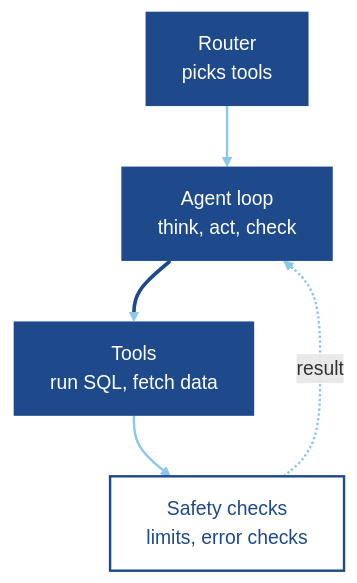
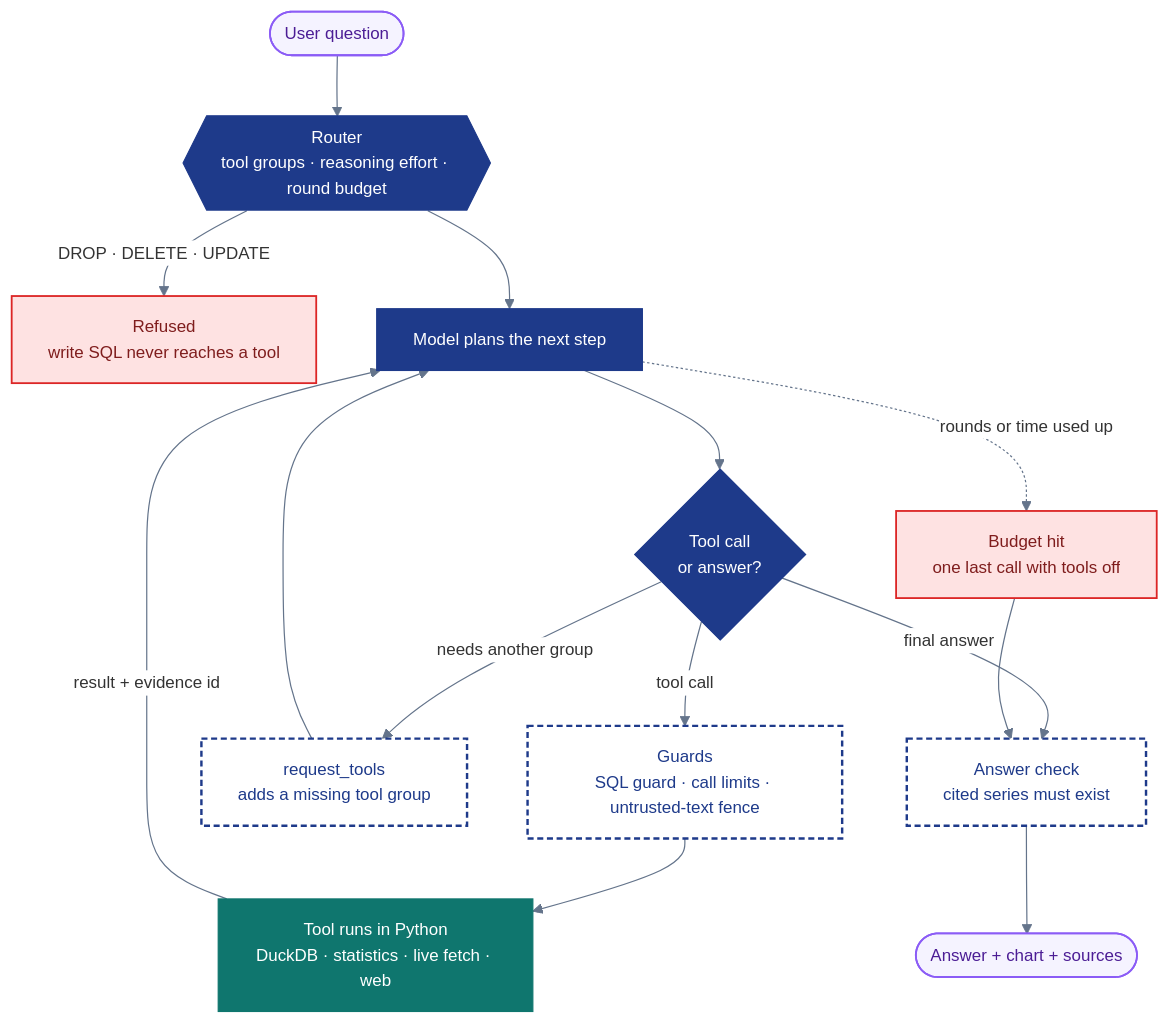
The third of 4 diagrams in README.md (berataydemirr/albert-long-nodes-kkb-hackathon), drawn with Mermaid before and after one commit. The commit also changed other lines of this file, not shown here.

Commit message:
Rewrite README with tested setup steps, troubleshooting and clearer diagrams

````diff
--- a/README.md
+++ b/README.md
@@ -77,18 +292,30 @@
 ```mermaid
-graph TB
-  classDef core  fill:#1e4a8b,stroke:#1e4a8b,stroke-width:0px,color:#ffffff
-  classDef guard fill:#ffffff,stroke:#1e4a8b,stroke-width:2px,color:#1e4a8b
+%%{init: {"theme": "base", "themeVariables": {"fontFamily": "Segoe UI, Helvetica, Arial, sans-serif", "fontSize": "14px", "lineColor": "#64748b", "edgeLabelBackground": "#ffffff"}}}%%
+flowchart TB
+  classDef io     fill:#f5f3ff,stroke:#8b5cf6,stroke-width:1.5px,color:#4c1d95
+  classDef brain  fill:#1e3a8a,stroke:#1e3a8a,color:#ffffff
+  classDef tool   fill:#0f766e,stroke:#0f766e,color:#ffffff
+  classDef guard  fill:#ffffff,stroke:#1e3a8a,stroke-width:2px,stroke-dasharray:5 3,color:#1e3a8a
+  classDef stop   fill:#fee2e2,stroke:#dc2626,stroke-width:1.5px,color:#7f1d1d
 
-  C1["Router<br/>picks tools"]
-  C2["Agent loop<br/>think, act, check"]
-  C3["Tools<br/>run SQL, fetch data"]
-  C4["Safety checks<br/>limits, error checks"]
+  q(["User question"]):::io
+  r{{"Router<br/>tool groups · reasoning effort · round budget"}}:::brain
+  x["Refused<br/>write SQL never reaches a tool"]:::stop
+  m["Model plans the next step"]:::brain
+  d{"Tool call<br/>or answer?"}:::brain
+  g["Guards<br/>SQL guard · call limits · untrusted-text fence"]:::guard
+  t["Tool runs in Python<br/>DuckDB · statistics · live fetch · web"]:::tool
+  e["request_tools<br/>adds a missing tool group"]:::guard
+  f["Budget hit<br/>one last call with tools off"]:::stop
+  c["Answer check<br/>cited series must exist"]:::guard
+  a(["Answer + chart + sources"]):::io
 
-  C1 --> C2 --> C3 --> C4
-  C4 -. result .-> C2
-
-  class C1,C2,C3 core
-  class C4 guard
-  linkStyle default stroke:#8cc8ea,stroke-width:2px
-  linkStyle 1 stroke:#1e4a8b,stroke-width:3px
+  q --> r
+  r -- "DROP · DELETE · UPDATE" --> x
+  r --> m --> d
+  d -- "tool call" --> g --> t
+  t -- "result + evidence id" --> m
+  d -- "needs another group" --> e --> m
+  d -- "final answer" --> c --> a
+  m -. "rounds or time used up" .-> f --> c
 ```
````
